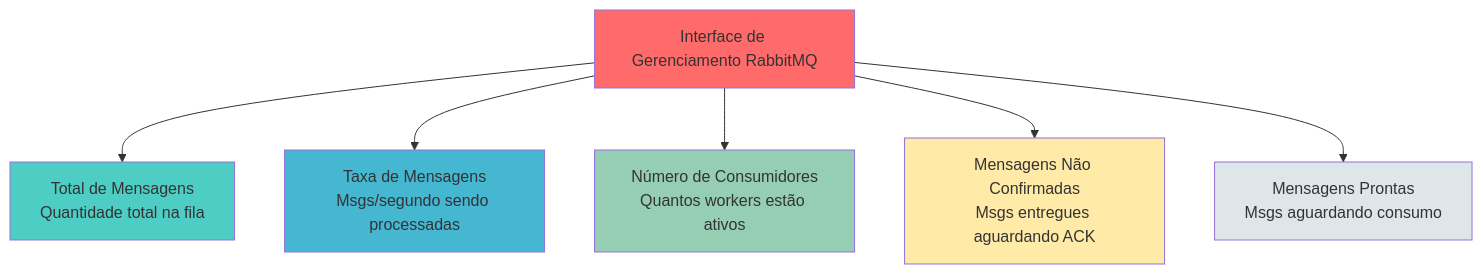
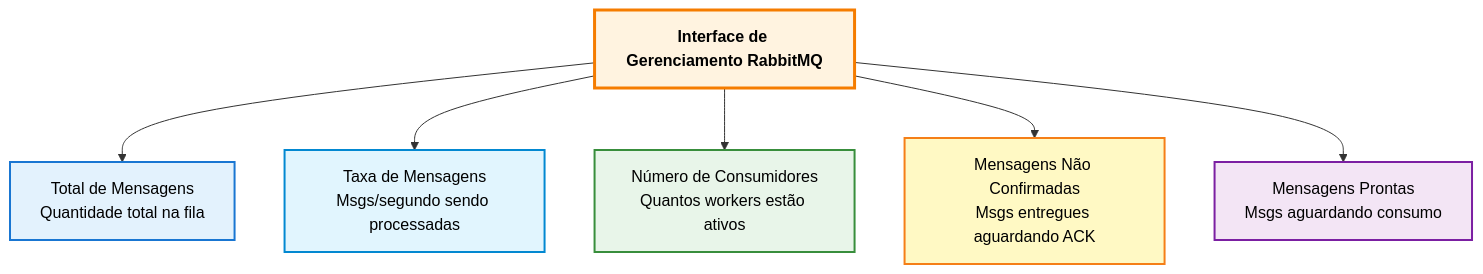
Before and after one commit to brenoaug/rabbitmq-exercise: the fifth of 6 diagrams in README.md, drawn with Mermaid. The commit also changed other lines of this file, not shown here.

First line of the commit message:
Enhance README visuals with styled diagrams and new GIF

````diff
--- a/README.md
+++ b/README.md
@@ -372,15 +388,15 @@
 ```mermaid
 graph TB
     A[Interface de Gerenciamento RabbitMQ] --> B[Total de Mensagens<br/>Quantidade total na fila]
     A --> C[Taxa de Mensagens<br/>Msgs/segundo sendo processadas]
     A --> D[Número de Consumidores<br/>Quantos workers estão ativos]
     A --> E[Mensagens Não Confirmadas<br/>Msgs entregues aguardando ACK]
     A --> F[Mensagens Prontas<br/>Msgs aguardando consumo]
     
-    style A fill:#ff6b6b
-    style B fill:#4ecdc4
-    style C fill:#45b7d1
-    style D fill:#96ceb4
-    style E fill:#ffeaa7
-    style F fill:#dfe6e9
+    style A fill:#fff3e0,stroke:#f57c00,stroke-width:3px,color:#000,font-weight:bold
+    style B fill:#e3f2fd,stroke:#1976d2,stroke-width:2px,color:#000
+    style C fill:#e1f5fe,stroke:#0288d1,stroke-width:2px,color:#000
+    style D fill:#e8f5e9,stroke:#388e3c,stroke-width:2px,color:#000
+    style E fill:#fff9c4,stroke:#f57f17,stroke-width:2px,color:#000
+    style F fill:#f3e5f5,stroke:#7b1fa2,stroke-width:2px,color:#000
 ```
````
